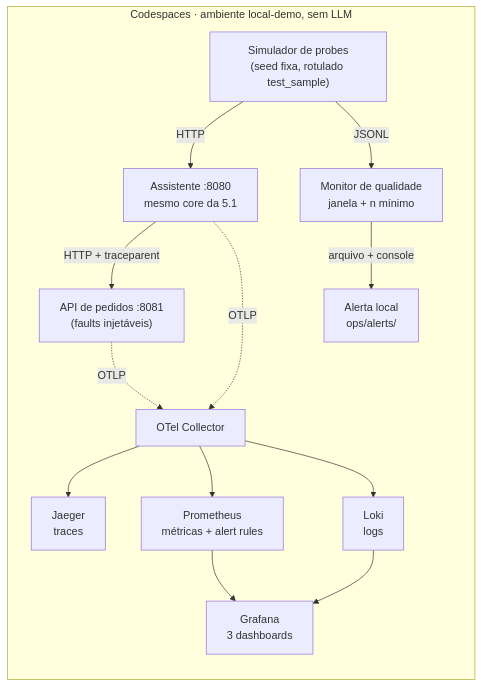
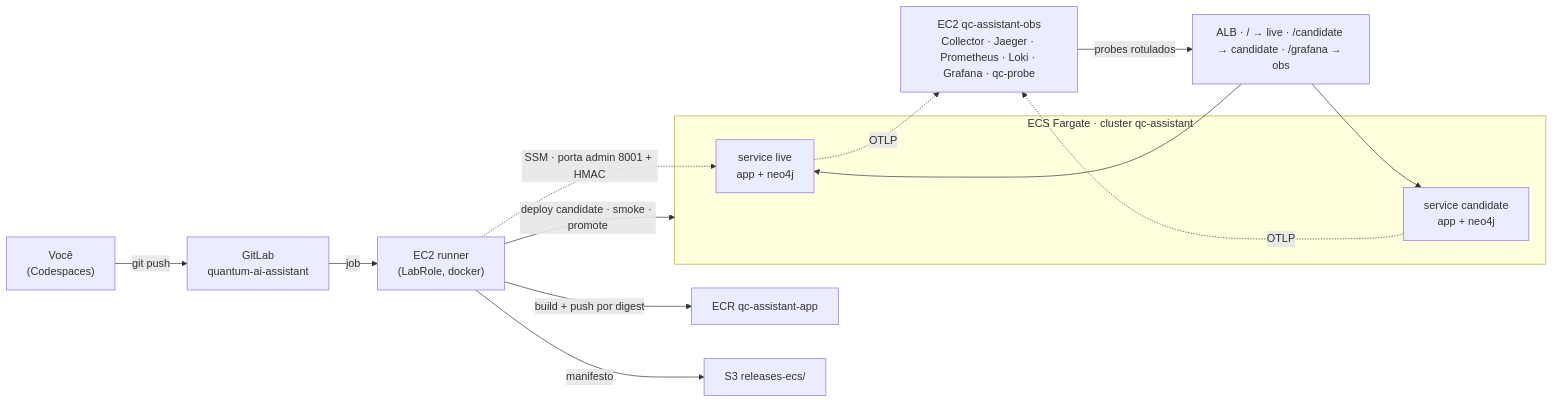
Before and after one commit to DiegoRicco/FIAP-AI-Devops-CICD: the first of 2 diagrams in 04-GenAIOps/02-Operacao-Observabilidade-Qualidade-Continua/README.md, drawn with Mermaid. The commit also changed other lines of this file and 5 other files, not shown here.

First line of the commit message:
docs(genaiops): Demos 5.1 e 5.2 na AWS com projeto GitLab proprio

````diff
--- a/04-GenAIOps/02-Operacao-Observabilidade-Qualidade-Continua/README.md
+++ b/04-GenAIOps/02-Operacao-Observabilidade-Qualidade-Continua/README.md
@@ -95,16 +98,18 @@
 ```mermaid
 flowchart LR
-    subgraph local [Codespaces · ambiente local-demo, sem LLM]
-        sim["Simulador de probes<br/>(seed fixa, rotulado test_sample)"] -->|HTTP| app["Assistente :8080<br/>mesmo core da 5.1"]
-        app -->|HTTP + traceparent| orders["API de pedidos :8081<br/>(faults injetáveis)"]
-        app -. OTLP .-> col["OTel Collector"]
-        orders -. OTLP .-> col
-        col --> jaeger["Jaeger<br/>traces"]
-        col --> prom["Prometheus<br/>métricas + alert rules"]
-        col --> loki["Loki<br/>logs"]
-        prom --> graf["Grafana<br/>3 dashboards"]
-        loki --> graf
-        sim -->|JSONL| mon["Monitor de qualidade<br/>janela + n mínimo"]
-        mon -->|arquivo + console| alert["Alerta local<br/>ops/alerts/"]
+    dev["Você<br/>(Codespaces)"] -->|git push| gl["GitLab<br/>quantum-ai-assistant"]
+    gl -->|job| runner["EC2 runner<br/>(LabRole, docker)"]
+    runner -->|build + push por digest| ecr["ECR qc-assistant-app"]
+    runner -->|deploy candidate · smoke · promote| ecs
+    subgraph ecs ["ECS Fargate · cluster qc-assistant"]
+        cand["service candidate<br/>app + neo4j"]
+        live["service live<br/>app + neo4j"]
     end
+    alb["ALB · / → live · /candidate → candidate · /grafana → obs"] --> live
+    alb --> cand
+    live -. OTLP .-> obs["EC2 qc-assistant-obs<br/>Collector · Jaeger · Prometheus · Loki · Grafana · qc-probe"]
+    cand -. OTLP .-> obs
+    obs -->|probes rotulados| alb
+    runner -. SSM · porta admin 8001 + HMAC .-> live
+    runner -->|manifesto| s3["S3 releases-ecs/"]
 ```
````
